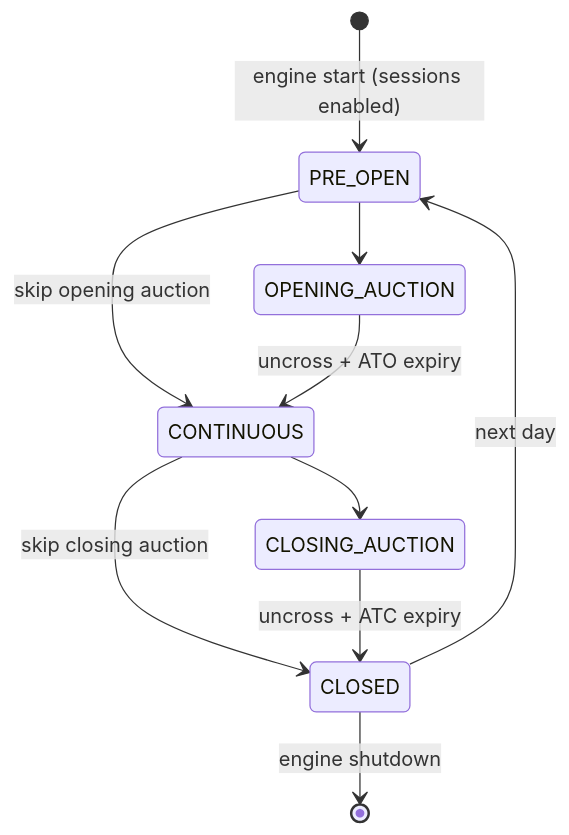
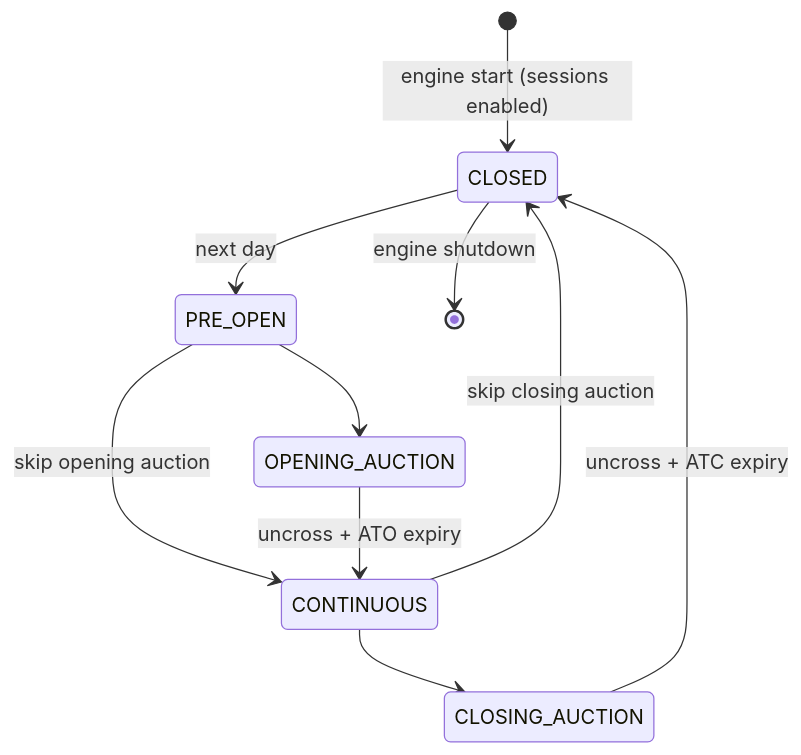
One commit to johan162/EduMatcher changed the diagram in docs/user-guide/080-session-scheduling.md. Above: the diagram before and after it, drawn with Mermaid. The commit also changed other lines of this file and 7 other files, not shown here.

````diff
--- a/docs/user-guide/080-session-scheduling.md
+++ b/docs/user-guide/080-session-scheduling.md
@@ -196,12 +196,12 @@
 ```mermaid
 stateDiagram-v2
-    [*] --> PRE_OPEN : engine start (sessions enabled)
+    [*] --> CLOSED : engine start (sessions enabled)
     PRE_OPEN --> OPENING_AUCTION
     PRE_OPEN --> CONTINUOUS : skip opening auction
     OPENING_AUCTION --> CONTINUOUS : uncross + ATO expiry
     CONTINUOUS --> CLOSING_AUCTION
     CONTINUOUS --> CLOSED : skip closing auction
     CLOSING_AUCTION --> CLOSED : uncross + ATC expiry
     CLOSED --> PRE_OPEN : next day
     CLOSED --> [*] : engine shutdown
 ```
````
